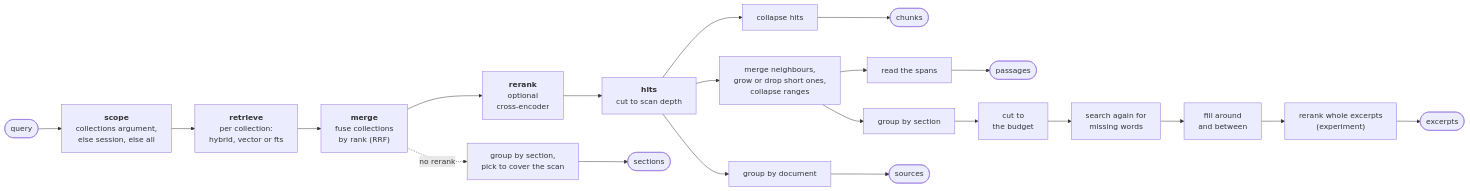
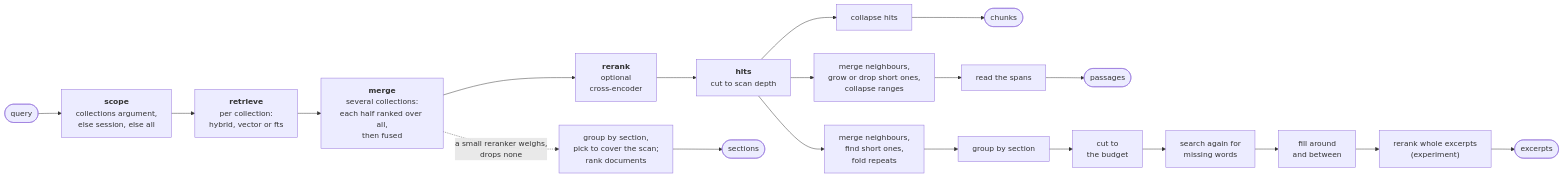
One commit to haskian/haskie changed the first of 3 diagrams in docs/search.md. Above: the diagram before and after it, drawn with Mermaid. The commit also changed other lines of this file and 74 other files, not shown here.

Commit message:
feat!: search_sections replaces search_sources and reranks its map (#32)

````diff
--- a/docs/search.md
+++ b/docs/search.md
@@ -9,13 +9,12 @@
 ```mermaid
 flowchart LR
     q(["query"]) --> scope["<b>scope</b><br/>collections argument,<br/>else session, else all"]
     scope --> retrieve["<b>retrieve</b><br/>per collection:<br/>hybrid, vector or fts"]
-    retrieve --> merge["<b>merge</b><br/>fuse collections<br/>by rank (RRF)"]
+    retrieve --> merge["<b>merge</b><br/>several collections:<br/>each half ranked over all,<br/>then fused"]
     merge --> rerank["<b>rerank</b><br/>optional<br/>cross-encoder"]
     rerank --> hits["<b>hits</b><br/>cut to scan depth"]
     hits --> fchunks["collapse hits"] --> chunks(["chunks"])
     hits --> franges["merge neighbours,<br/>grow or drop short ones,<br/>collapse ranges"] --> read["read the spans"] --> passages(["passages"])
-    franges --> group["group by section"] --> budget["cut to<br/>the budget"] --> probe["search again for<br/>missing words"] --> fill["fill around<br/>and between"] --> rerankx["rerank whole excerpts<br/>(experiment)"] --> excerpts(["excerpts"])
-    hits --> shortlist["group by document"] --> sources(["sources"])
-    merge -. "no rerank" .-> mapsec["group by section,<br/>pick to cover the scan"] --> sections(["sections"])
+    hits --> jranges["merge neighbours,<br/>find short ones,<br/>fold repeats"] --> group["group by section"] --> budget["cut to<br/>the budget"] --> probe["search again for<br/>missing words"] --> fill["fill around<br/>and between"] --> rerankx["rerank whole excerpts<br/>(experiment)"] --> excerpts(["excerpts"])
+    merge -. "a small reranker weighs,<br/>drops none" .-> mapsec["group by section,<br/>pick to cover the scan;<br/>rank documents"] --> sections(["sections"])
 ```
````
